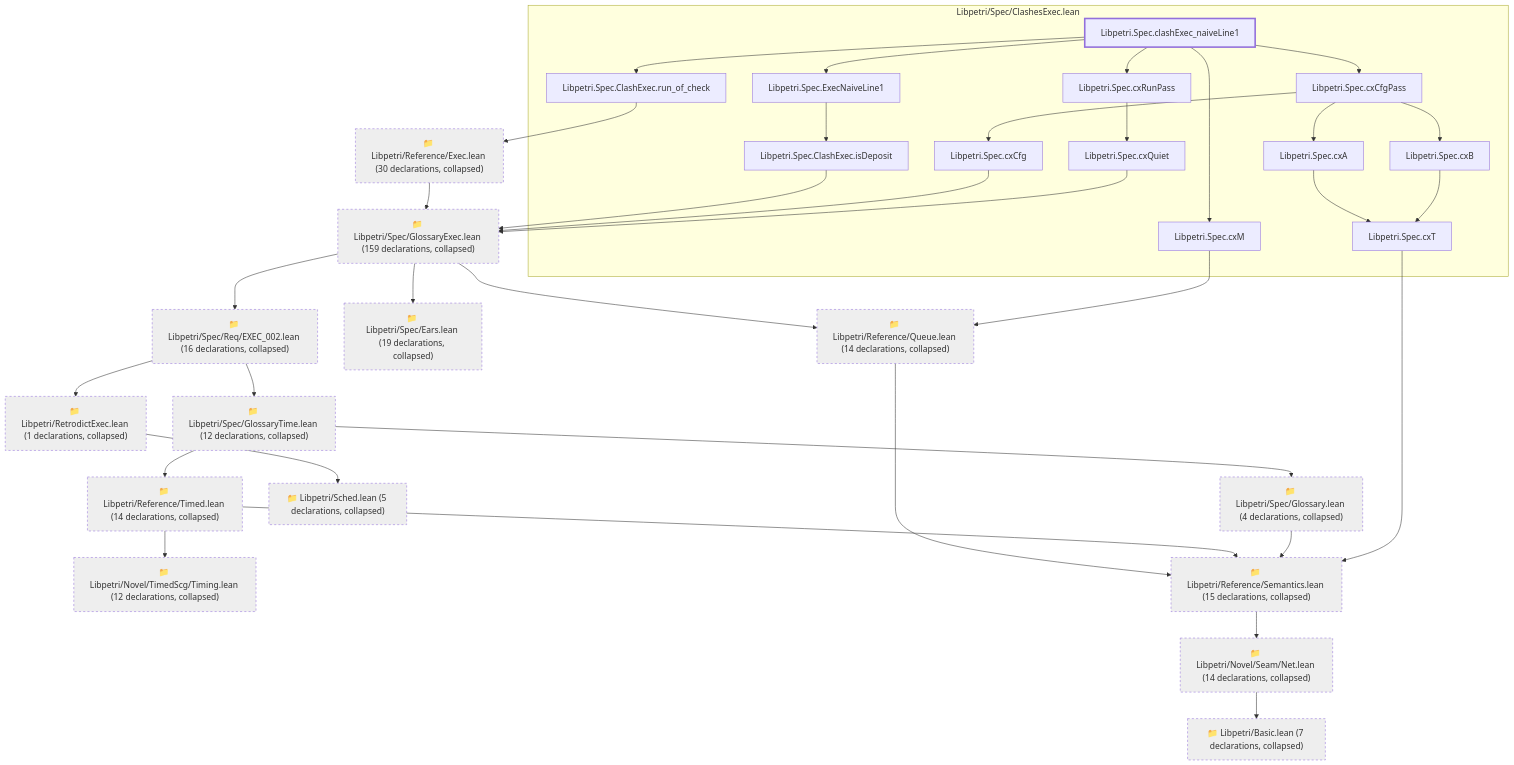
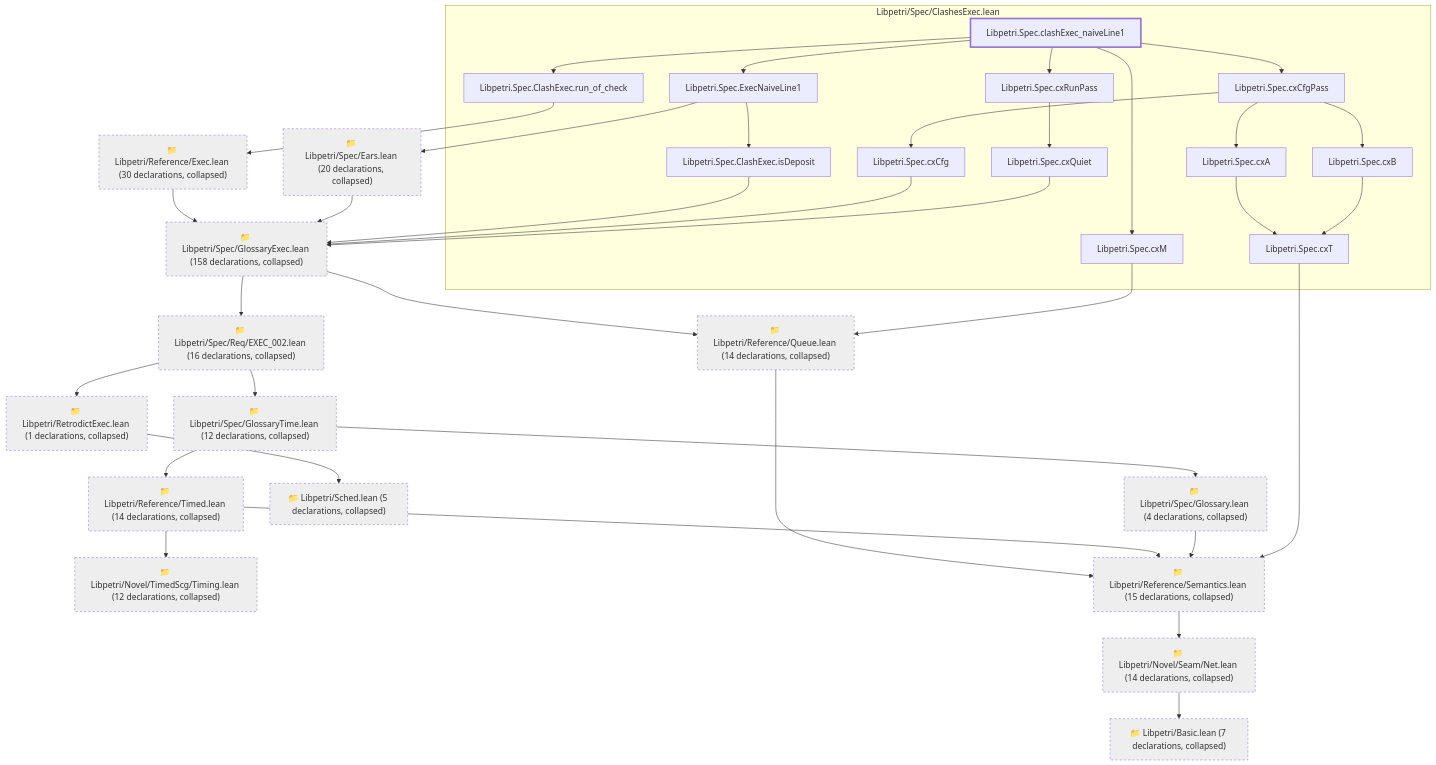
One commit to debe/libpetri changed the first of 3 diagrams in lean/graph/requirements/EXEC-001.md. Above: the diagram before and after it, drawn with Mermaid. The commit also changed other lines of this file and 329 other files, not shown here.

First line of the commit message:
feat(spec): Lean requirement blocks for waves 7-11

````diff
--- a/lean/graph/requirements/EXEC-001.md
+++ b/lean/graph/requirements/EXEC-001.md
@@ -17,69 +17,70 @@
 ```mermaid
 flowchart TD
   subgraph g0["Libpetri/Spec/ClashesExec.lean"]
-    n4859["Libpetri.Spec.ClashExec.isDeposit"]
-    n4860["Libpetri.Spec.ClashExec.run_of_check"]
-    n6019["Libpetri.Spec.ExecNaiveLine1"]
-    n7684["Libpetri.Spec.clashExec_naiveLine1"]
-    n9143["Libpetri.Spec.cxA"]
-    n9144["Libpetri.Spec.cxB"]
-    n9145["Libpetri.Spec.cxCfg"]
-    n9149["Libpetri.Spec.cxCfgPass"]
-    n9153["Libpetri.Spec.cxM"]
-    n9155["Libpetri.Spec.cxQuiet"]
-    n9161["Libpetri.Spec.cxRunPass"]
-    n9165["Libpetri.Spec.cxT"]
+    n5925["Libpetri.Spec.ClashExec.isDeposit"]
+    n5926["Libpetri.Spec.ClashExec.run_of_check"]
+    n7419["Libpetri.Spec.ExecNaiveLine1"]
+    n12320["Libpetri.Spec.clashExec_naiveLine1"]
+    n14016["Libpetri.Spec.cxA"]
+    n14017["Libpetri.Spec.cxB"]
+    n14018["Libpetri.Spec.cxCfg"]
+    n14022["Libpetri.Spec.cxCfgPass"]
+    n14026["Libpetri.Spec.cxM"]
+    n14028["Libpetri.Spec.cxQuiet"]
+    n14034["Libpetri.Spec.cxRunPass"]
+    n14038["Libpetri.Spec.cxT"]
   end
   c0["📁 Libpetri/Basic.lean (7 declarations, collapsed)"]
   c54["📁 Libpetri/Novel/Seam/Net.lean (14 declarations, collapsed)"]
   c66["📁 Libpetri/Novel/TimedScg/Timing.lean (12 declarations, collapsed)"]
-  c74["📁 Libpetri/Reference/Exec.lean (30 declarations, collapsed)"]
-  c80["📁 Libpetri/Reference/Queue.lean (14 declarations, collapsed)"]
-  c83["📁 Libpetri/Reference/Semantics.lean (15 declarations, collapsed)"]
-  c87["📁 Libpetri/Reference/Timed.lean (14 declarations, collapsed)"]
-  c92["📁 Libpetri/RetrodictExec.lean (1 declarations, collapsed)"]
-  c98["📁 Libpetri/Sched.lean (5 declarations, collapsed)"]
-  c114["📁 Libpetri/Spec/Ears.lean (19 declarations, collapsed)"]
-  c115["📁 Libpetri/Spec/Glossary.lean (4 declarations, collapsed)"]
-  c120["📁 Libpetri/Spec/GlossaryExec.lean (159 declarations, collapsed)"]
-  c126["📁 Libpetri/Spec/GlossaryTime.lean (12 declarations, collapsed)"]
-  c194["📁 Libpetri/Spec/Req/EXEC_002.lean (16 declarations, collapsed)"]
+  c80["📁 Libpetri/Reference/Exec.lean (30 declarations, collapsed)"]
+  c91["📁 Libpetri/Reference/Queue.lean (14 declarations, collapsed)"]
+  c94["📁 Libpetri/Reference/Semantics.lean (15 declarations, collapsed)"]
+  c98["📁 Libpetri/Reference/Timed.lean (14 declarations, collapsed)"]
+  c103["📁 Libpetri/RetrodictExec.lean (1 declarations, collapsed)"]
+  c109["📁 Libpetri/Sched.lean (5 declarations, collapsed)"]
+  c131["📁 Libpetri/Spec/Ears.lean (20 declarations, collapsed)"]
+  c132["📁 Libpetri/Spec/Glossary.lean (4 declarations, collapsed)"]
+  c139["📁 Libpetri/Spec/GlossaryExec.lean (158 declarations, collapsed)"]
+  c146["📁 Libpetri/Spec/GlossaryTime.lean (12 declarations, collapsed)"]
+  c232["📁 Libpetri/Spec/Req/EXEC_002.lean (16 declarations, collapsed)"]
   c54 --> c0
-  c74 --> c120
-  c80 --> c83
-  c83 --> c54
-  c87 --> c66
-  c87 --> c83
-  c92 --> c98
-  c115 --> c83
-  c120 --> c80
-  c120 --> c114
-  c120 --> c194
-  c126 --> c87
-  c126 --> c115
-  c194 --> c92
-  c194 --> c126
-  n4859 --> c120
-  n4860 --> c74
-  n6019 --> n4859
-  n7684 --> n4860
-  n7684 --> n6019
-  n7684 --> n9149
-  n7684 --> n9153
-  n7684 --> n9161
-  n9143 --> n9165
-  n9144 --> n9165
-  n9145 --> c120
-  n9149 --> n9143
-  n9149 --> n9144
-  n9149 --> n9145
-  n9153 --> c80
-  n9155 --> c120
-  n9161 --> n9155
-  n9165 --> c83
+  c80 --> c139
+  c91 --> c94
+  c94 --> c54
+  c98 --> c66
+  c98 --> c94
+  c103 --> c109
+  c131 --> c139
+  c132 --> c94
+  c139 --> c91
+  c139 --> c232
+  c146 --> c98
+  c146 --> c132
+  c232 --> c103
+  c232 --> c146
+  n5925 --> c139
+  n5926 --> c80
+  n7419 --> c131
+  n7419 --> n5925
+  n12320 --> n5926
+  n12320 --> n7419
+  n12320 --> n14022
+  n12320 --> n14026
+  n12320 --> n14034
+  n14016 --> n14038
+  n14017 --> n14038
+  n14018 --> c139
+  n14022 --> n14016
+  n14022 --> n14017
+  n14022 --> n14018
+  n14026 --> c91
+  n14028 --> c139
+  n14034 --> n14028
+  n14038 --> c94
   classDef root stroke-width:3px
   classDef locked fill:#fff3cd,stroke:#b8860b
   classDef collapsed fill:#eeeeee,stroke-dasharray:4 4
-  class n7684 root
-  class c0,c54,c66,c74,c80,c83,c87,c92,c98,c114,c115,c120,c126,c194 collapsed
+  class n12320 root
+  class c0,c54,c66,c80,c91,c94,c98,c103,c109,c131,c132,c139,c146,c232 collapsed
 ```
````
